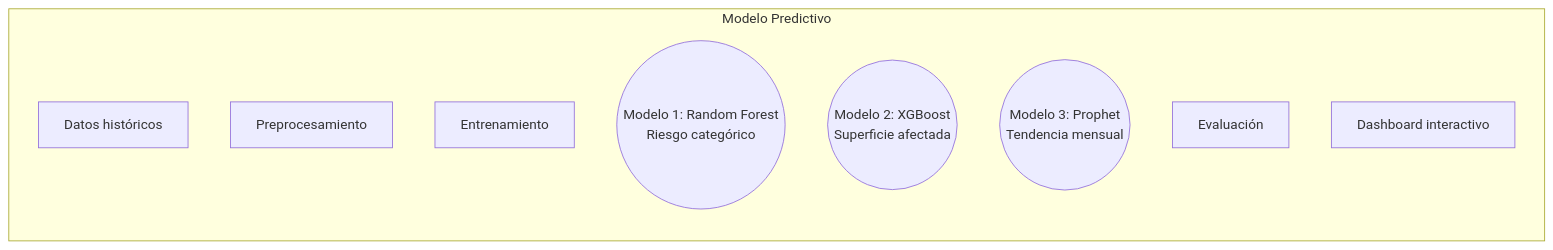
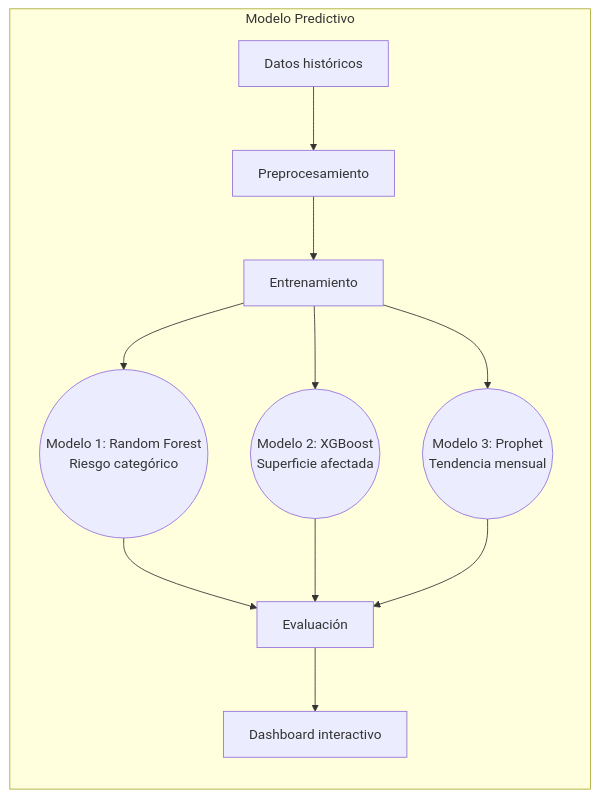
The diagram in README.md (FNT138/Analisis_PrediccionIncendiosForestales), drawn with Mermaid before and after one commit. The commit also changed other lines of this file, not shown here.

Commit message:
modified:   README.md

````diff
--- a/README.md
+++ b/README.md
@@ -38,14 +38,24 @@
 ```mermaid
 flowchart LR
     subgraph Grupo1["Modelo Predictivo"]
 
     A[Datos históricos]
     B[Preprocesamiento]
     C[Entrenamiento]
     D((Modelo 1: Random Forest<br>Riesgo categórico))
     E((Modelo 2: XGBoost<br>Superficie afectada))
     F((Modelo 3: Prophet<br>Tendencia mensual))
     G[Evaluación]
     H[Dashboard interactivo]
 end
+
+A-->B
+B-->C
+C-->D
+C-->E
+C-->F
+D-->G
+E-->G
+F-->G
+G-->H
 ```
````
